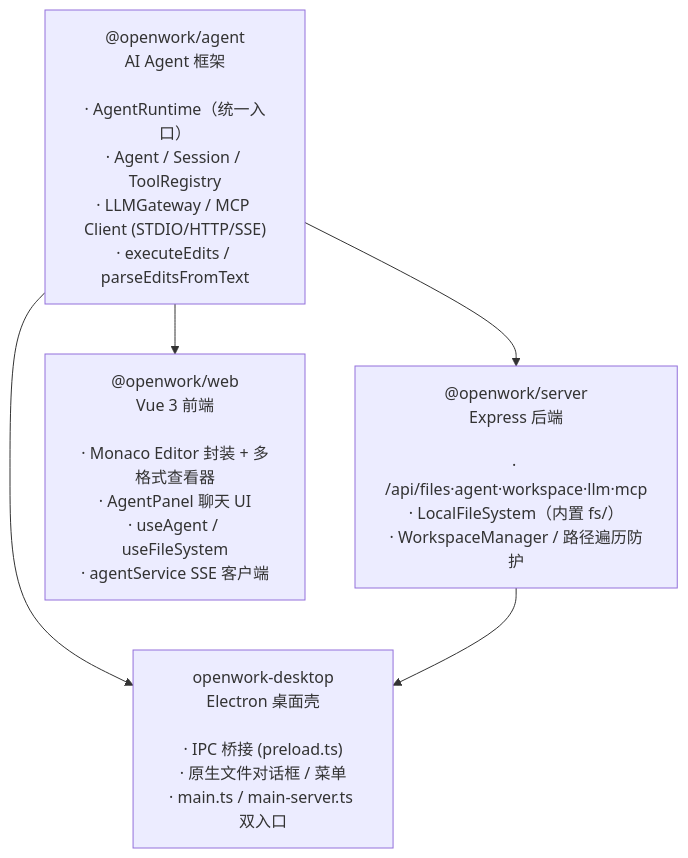
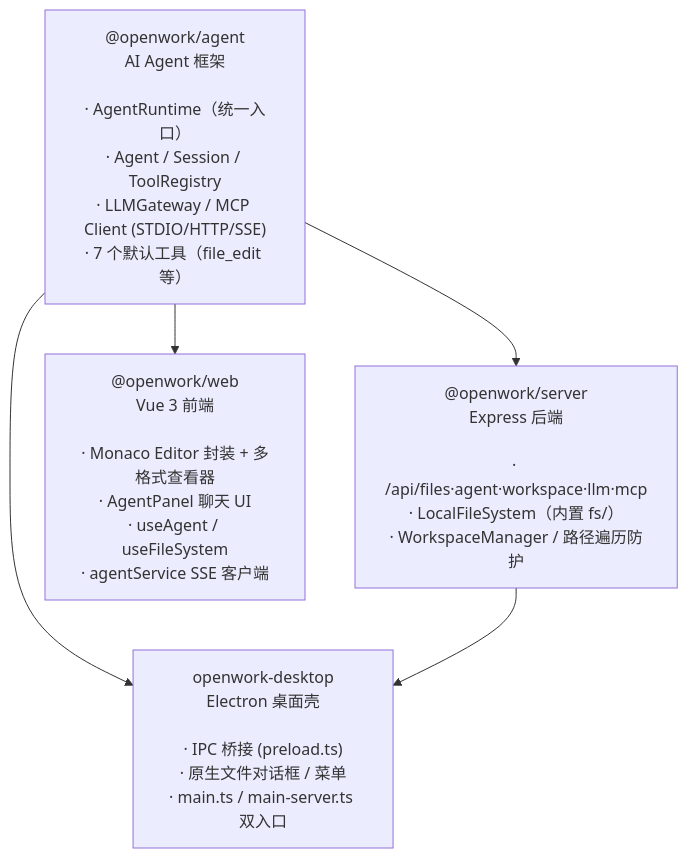
Before and after one commit to yishuw/Openwork_wy: the first of 5 diagrams in README.md, drawn with Mermaid. The commit also changed other lines of this file and 7 other files, not shown here.

````diff
--- a/README.md
+++ b/README.md
@@ -160,12 +160,12 @@
 ```mermaid
 graph TD
-    agent["@openwork/agent<br/>AI Agent 框架<br/><br/>· AgentRuntime（统一入口）<br/>· Agent / Session / ToolRegistry<br/>· LLMGateway / MCP Client (STDIO/HTTP/SSE)<br/>· executeEdits / parseEditsFromText"]
+    agent["@openwork/agent<br/>AI Agent 框架<br/><br/>· AgentRuntime（统一入口）<br/>· Agent / Session / ToolRegistry<br/>· LLMGateway / MCP Client (STDIO/HTTP/SSE)<br/>· 7 个默认工具（file_edit 等）"]
     server["@openwork/server<br/>Express 后端<br/><br/>· /api/files·agent·workspace·llm·mcp<br/>· LocalFileSystem（内置 fs/）<br/>· WorkspaceManager / 路径遍历防护"]
     web["@openwork/web<br/>Vue 3 前端<br/><br/>· Monaco Editor 封装 + 多格式查看器<br/>· AgentPanel 聊天 UI<br/>· useAgent / useFileSystem<br/>· agentService SSE 客户端"]
     electron["openwork-desktop<br/>Electron 桌面壳<br/><br/>· IPC 桥接 (preload.ts)<br/>· 原生文件对话框 / 菜单<br/>· main.ts / main-server.ts 双入口"]
 
     agent --> server
     agent --> web
     agent --> electron
     server --> electron
 ```
````
